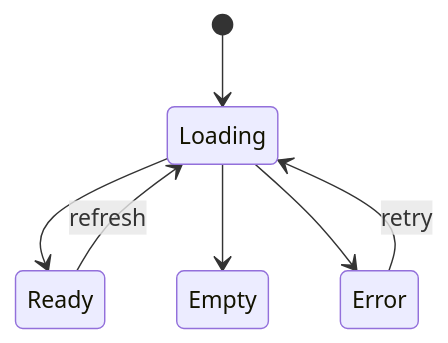
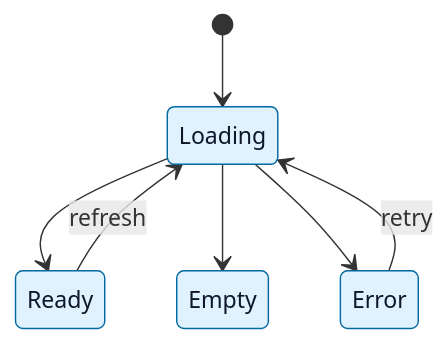
Before and after one commit to Anagamedina/ft_transcendence: the third of 6 diagrams in docs/florinda/06-admin-dashboard/03-diagrama.md, drawn with Mermaid. The commit also changed other lines of this file and 2 other files, not shown here.

Commit message:
docs(issue-7): documentar implementación, diagrama y verificación del Dashboard Admin

````diff
--- a/docs/florinda/06-admin-dashboard/03-diagrama.md
+++ b/docs/florinda/06-admin-dashboard/03-diagrama.md
@@ -20,9 +24,12 @@
 ```mermaid
 stateDiagram-v2
  [*] --> Loading
  Loading --> Ready
  Loading --> Empty
  Loading --> Error
  Ready --> Loading: refresh
  Error --> Loading: retry
+
+ classDef estado fill:#e0f2fe,stroke:#0369a1,color:#0f172a
+ class Loading, Ready, Empty, Error estado
 ```
````
